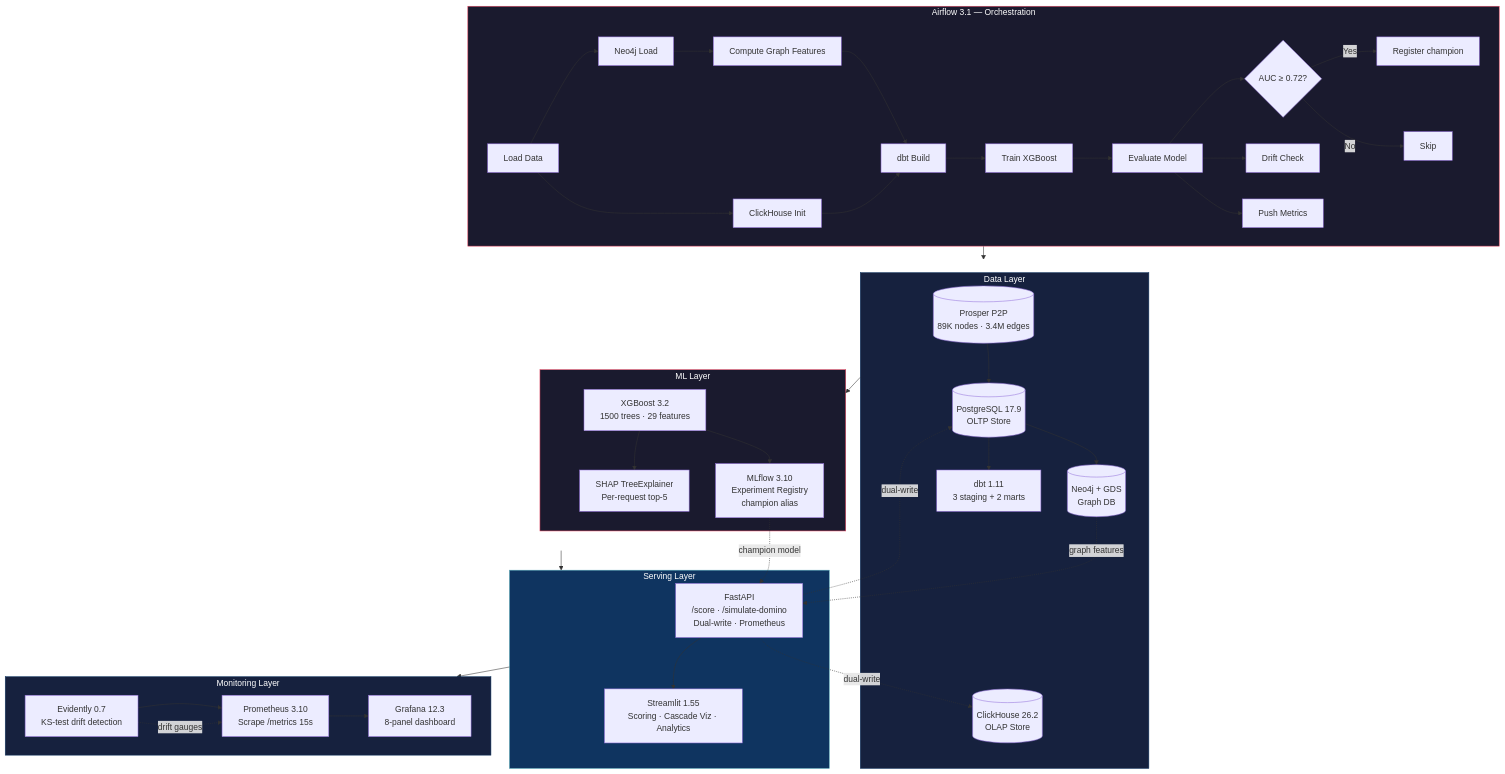
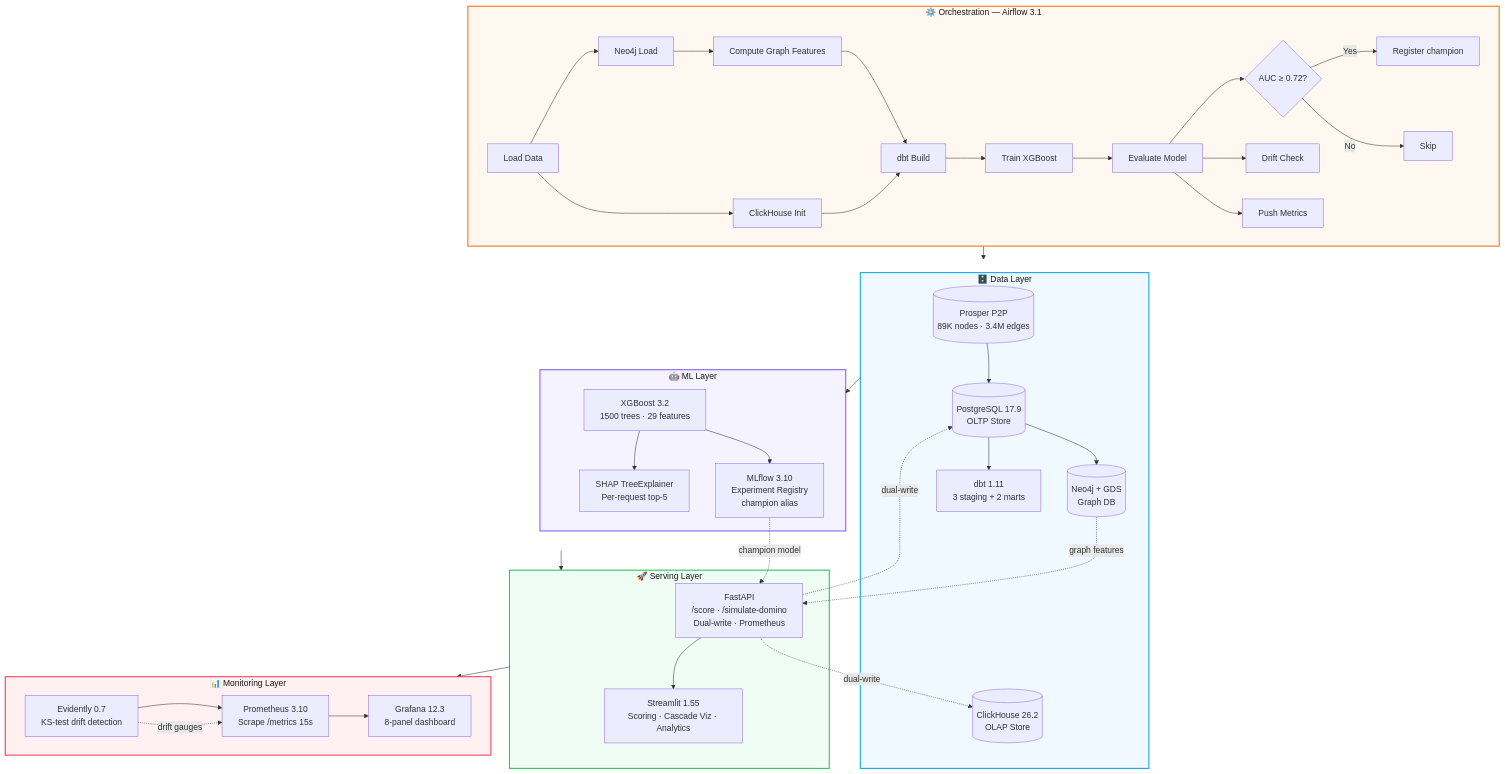
One commit to bhanuprasanna2001/billy changed the diagram in README.md. Above: the diagram before and after it, drawn with Mermaid. The commit also changed 1 other file, not shown here.

Commit message:
Architecture diagram update

````diff
--- a/README.md
+++ b/README.md
@@ -64,54 +64,54 @@
 ```mermaid
 flowchart TB
-    subgraph ORCHESTRATION["Airflow 3.1 — Orchestration"]
+    subgraph ORCHESTRATION["⚙️  Orchestration — Airflow 3.1"]
         A1[Load Data] --> A2[Neo4j Load]
         A1 --> A3[ClickHouse Init]
         A2 --> A4[Compute Graph Features]
         A4 --> A5[dbt Build]
         A3 --> A5
         A5 --> A6[Train XGBoost]
         A6 --> A7[Evaluate Model]
         A7 --> A8{AUC ≥ 0.72?}
         A8 -->|Yes| A9[Register champion]
         A8 -->|No| A10[Skip]
         A7 --> A11[Drift Check]
         A7 --> A12[Push Metrics]
     end
 
-    subgraph DATA["Data Layer"]
+    subgraph DATA["🗄️  Data Layer"]
         D1[(Prosper P2P\n89K nodes · 3.4M edges)] --> D2[(PostgreSQL 17.9\nOLTP Store)]
         D2 --> D3[(Neo4j + GDS\nGraph DB)]
         D2 --> D4[dbt 1.11\n3 staging + 2 marts]
         D5[(ClickHouse 26.2\nOLAP Store)]
     end
 
-    subgraph ML["ML Layer"]
+    subgraph ML["🤖  ML Layer"]
         M1[XGBoost 3.2\n1500 trees · 29 features] --> M2[MLflow 3.10\nExperiment Registry\nchampion alias]
         M1 --> M3[SHAP TreeExplainer\nPer-request top-5]
     end
 
-    subgraph SERVING["Serving Layer"]
+    subgraph SERVING["🚀  Serving Layer"]
         S1[FastAPI\n/score · /simulate-domino\nDual-write · Prometheus] --> S2[Streamlit 1.55\nScoring · Cascade Viz · Analytics]
     end
 
-    subgraph MONITORING["Monitoring Layer"]
+    subgraph MONITORING["📊  Monitoring Layer"]
         O1[Prometheus 3.10\nScrape /metrics 15s] --> O2[Grafana 12.3\n8-panel dashboard]
         O3[Evidently 0.7\nKS-test drift detection] --> O1
     end
 
     ORCHESTRATION --> DATA
     DATA --> ML
     ML --> SERVING
     SERVING --> MONITORING
     S1 -.->|dual-write| D2
     S1 -.->|dual-write| D5
     D3 -.->|graph features| S1
     M2 -.->|champion model| S1
     O3 -.->|drift gauges| O1
 
-    style ORCHESTRATION fill:#1a1a2e,stroke:#e94560,color:#fff
-    style DATA fill:#16213e,stroke:#0f3460,color:#fff
-    style ML fill:#1a1a2e,stroke:#e94560,color:#fff
-    style SERVING fill:#0f3460,stroke:#53a8b6,color:#fff
-    style MONITORING fill:#16213e,stroke:#0f3460,color:#fff
+    style ORCHESTRATION fill:#fff8f0,stroke:#f97316,stroke-width:2px,color:#1a1a1a
+    style DATA fill:#f0f9ff,stroke:#0ea5e9,stroke-width:2px,color:#1a1a1a
+    style ML fill:#f5f3ff,stroke:#8b5cf6,stroke-width:2px,color:#1a1a1a
+    style SERVING fill:#f0fdf4,stroke:#22c55e,stroke-width:2px,color:#1a1a1a
+    style MONITORING fill:#fff1f2,stroke:#f43f5e,stroke-width:2px,color:#1a1a1a
 ```
````
